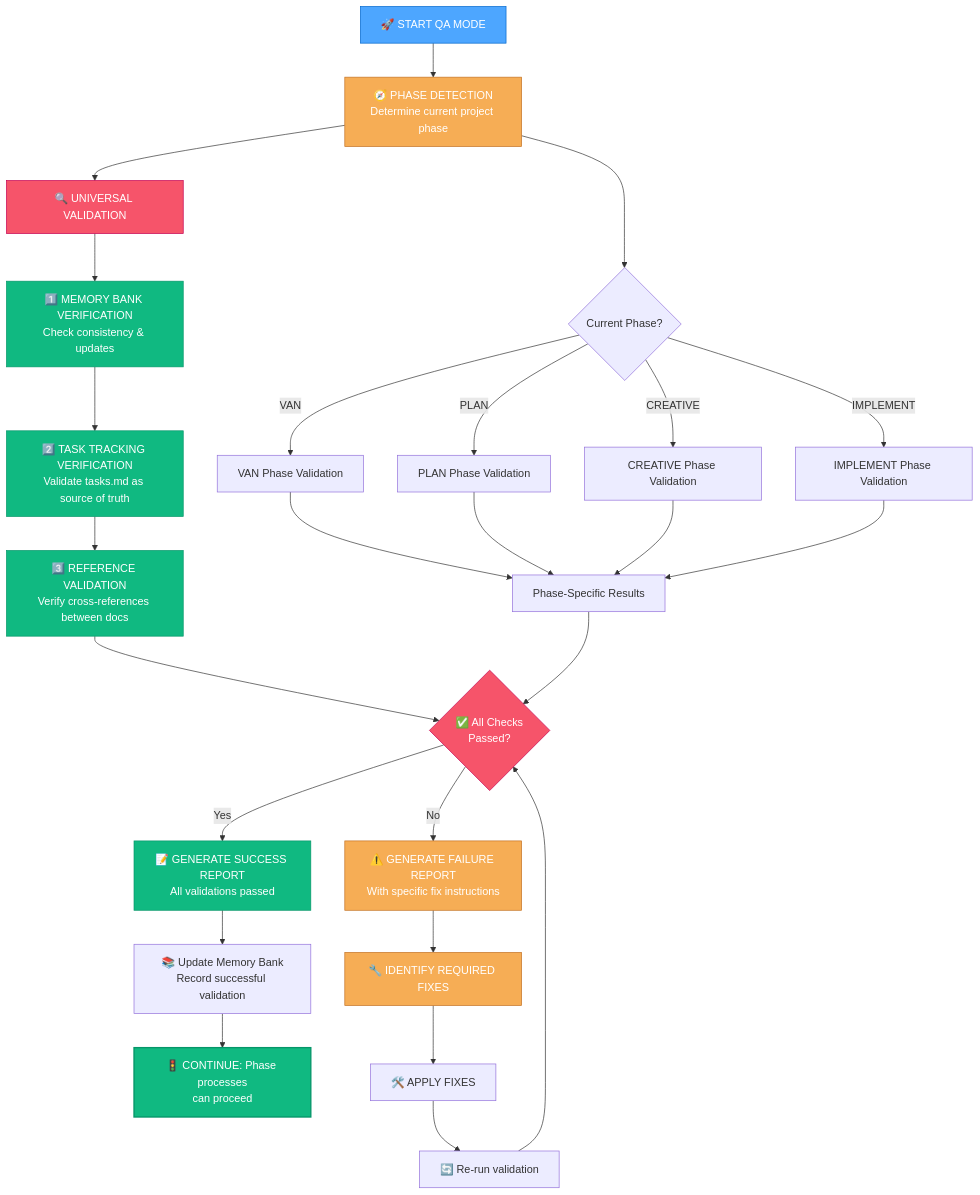
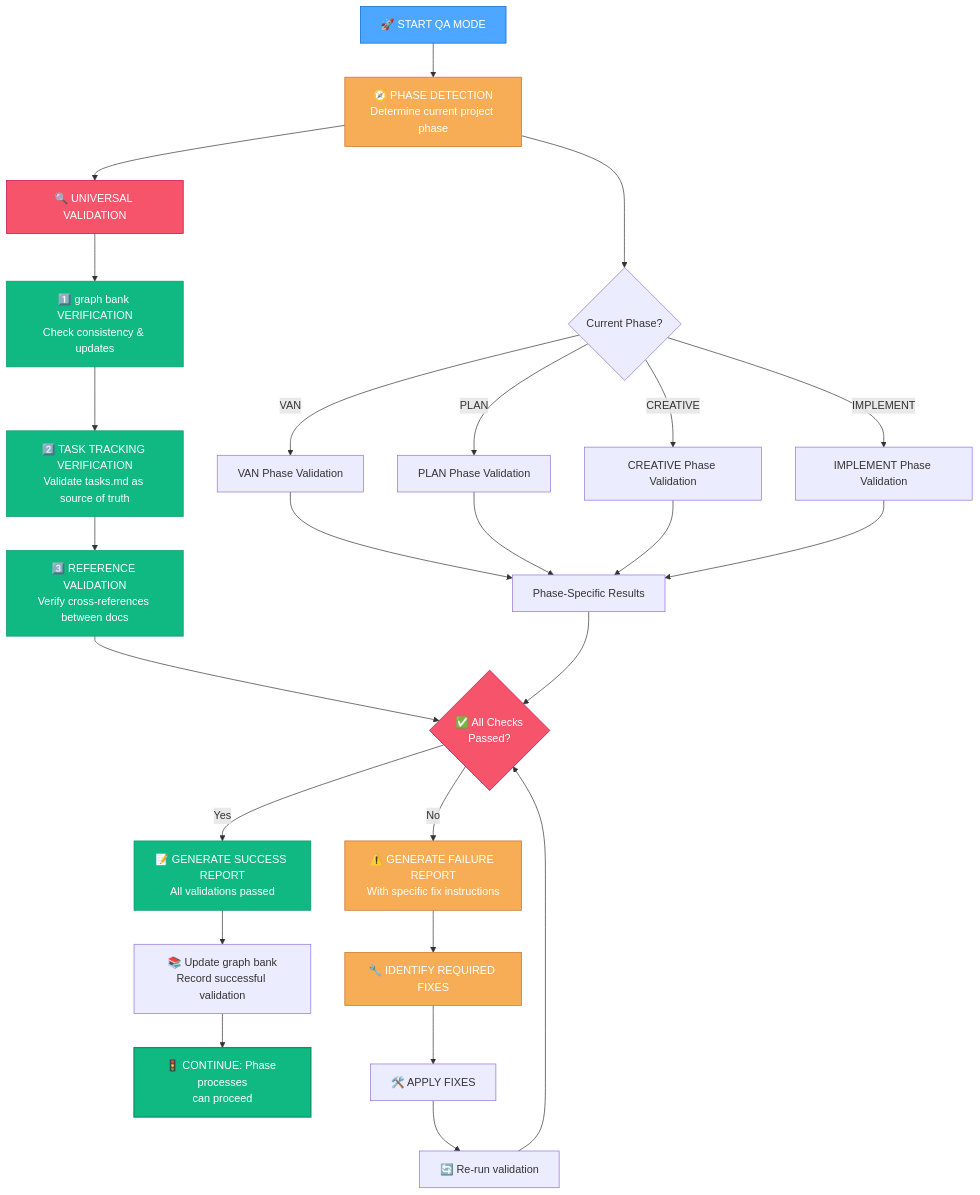
The first of 10 diagrams in .cursor/rules/isolation_rules/visual-maps/qa-mode-map.mdc (7Spade/cursor-memory-bank), drawn with Mermaid before and after one commit. The commit also changed other lines of this file and 43 other files, not shown here.

Commit message:
refactor: Update terminology from "Memory Bank" to "graph bank" across all relevant files, enhancing consistency in documentation and improving clarity in the system's architecture and processes

````diff
--- a/.cursor/rules/isolation_rules/visual-maps/qa-mode-map.mdc
+++ b/.cursor/rules/isolation_rules/visual-maps/qa-mode-map.mdc
@@ -12,48 +12,48 @@
 ```mermaid
 graph TD
     Start["🚀 START QA MODE"] --> DetectPhase["🧭 PHASE DETECTION<br>Determine current project phase"]
     
     %% Phase detection decision path
     DetectPhase --> PhaseDetermination{"Current Phase?"}
     PhaseDetermination -->|"VAN"| VANChecks["VAN Phase Validation"]
     PhaseDetermination -->|"PLAN"| PLANChecks["PLAN Phase Validation"]
     PhaseDetermination -->|"CREATIVE"| CREATIVEChecks["CREATIVE Phase Validation"] 
     PhaseDetermination -->|"IMPLEMENT"| IMPLEMENTChecks["IMPLEMENT Phase Validation"]
     
     %% Universal checks that apply to all phases
     DetectPhase --> UniversalChecks["🔍 UNIVERSAL VALIDATION"]
-    UniversalChecks --> MemoryBankCheck["1️⃣ MEMORY BANK VERIFICATION<br>Check consistency & updates"]
+    UniversalChecks --> MemoryBankCheck["1️⃣ graph bank VERIFICATION<br>Check consistency & updates"]
     MemoryBankCheck --> TaskTrackingCheck["2️⃣ TASK TRACKING VERIFICATION<br>Validate tasks.md as source of truth"]
     TaskTrackingCheck --> ReferenceCheck["3️⃣ REFERENCE VALIDATION<br>Verify cross-references between docs"]
     
     %% Phase-specific validations feed into comprehensive report
     VANChecks & PLANChecks & CREATIVEChecks & IMPLEMENTChecks --> PhaseSpecificResults["Phase-Specific Results"]
     ReferenceCheck & PhaseSpecificResults --> ValidationResults{"✅ All Checks<br>Passed?"}
     
     %% Results Processing
     ValidationResults -->|"Yes"| SuccessReport["📝 GENERATE SUCCESS REPORT<br>All validations passed"]
     ValidationResults -->|"No"| FailureReport["⚠️ GENERATE FAILURE REPORT<br>With specific fix instructions"]
     
     %% Success Path
-    SuccessReport --> UpdateMB["📚 Update Memory Bank<br>Record successful validation"]
+    SuccessReport --> UpdateMB["📚 Update graph bank<br>Record successful validation"]
     UpdateMB --> ContinueProcess["🚦 CONTINUE: Phase processes<br>can proceed"]
     
     %% Failure Path
     FailureReport --> IdentifyFixes["🔧 IDENTIFY REQUIRED FIXES"]
     IdentifyFixes --> ApplyFixes["🛠️ APPLY FIXES"]
     ApplyFixes --> Revalidate["🔄 Re-run validation"]
     Revalidate --> ValidationResults
     
     %% Style nodes for clarity
     style Start fill:#4da6ff,stroke:#0066cc,color:white
     style DetectPhase fill:#f6ad55,stroke:#c27022,color:white
     style UniversalChecks fill:#f6546a,stroke:#c30052,color:white
     style MemoryBankCheck fill:#10b981,stroke:#059669,color:white
     style TaskTrackingCheck fill:#10b981,stroke:#059669,color:white
     style ReferenceCheck fill:#10b981,stroke:#059669,color:white
     style ValidationResults fill:#f6546a,stroke:#c30052,color:white
     style SuccessReport fill:#10b981,stroke:#059669,color:white
     style FailureReport fill:#f6ad55,stroke:#c27022,color:white
     style ContinueProcess fill:#10b981,stroke:#059669,color:white,stroke-width:2px
     style IdentifyFixes fill:#f6ad55,stroke:#c27022,color:white
 ```
````
